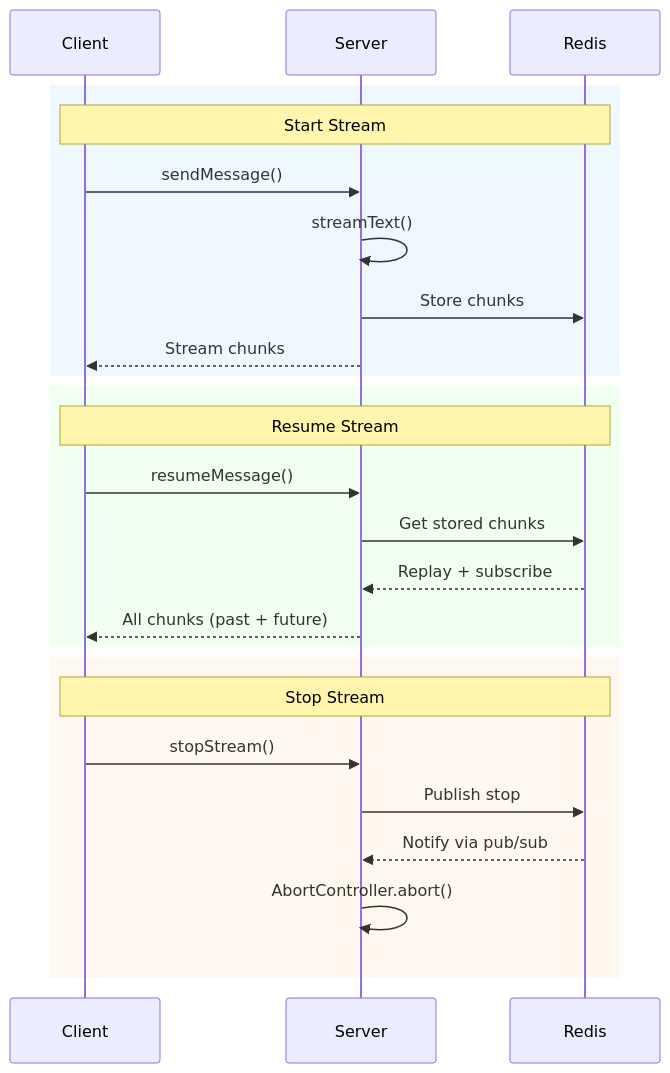
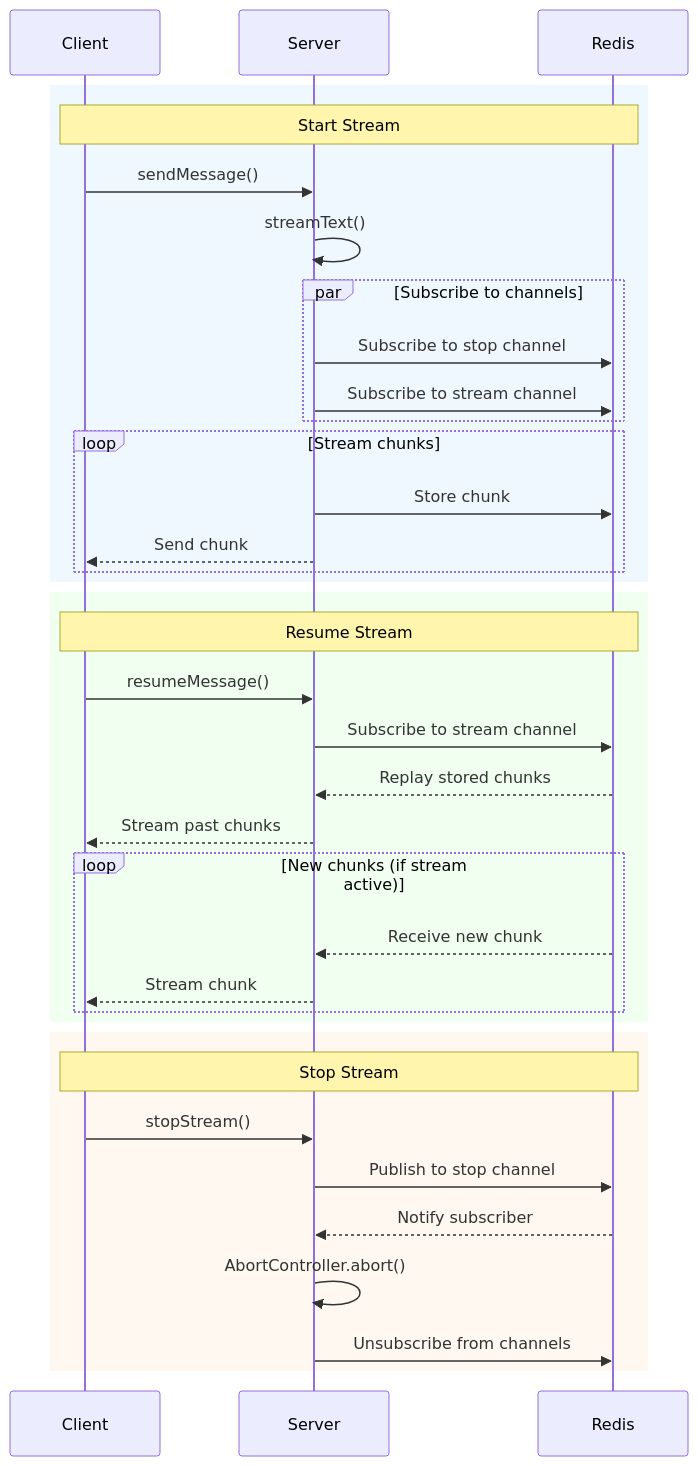
The diagram in README.md (zirkelc/ai-resumable-stream), drawn with Mermaid before and after one commit. The commit also changed other lines of this file, not shown here.

````diff
--- a/README.md
+++ b/README.md
@@ -29,30 +29,41 @@
 ```mermaid
 sequenceDiagram
     participant Client
     participant Server
     participant Redis
 
     rect rgb(240, 248, 255)
         Note over Client,Redis: Start Stream
         Client->>Server: sendMessage()
         Server->>Server: streamText()
-        Server->>Redis: Store chunks
-        Server-->>Client: Stream chunks
+        par Subscribe to channels
+            Server->>Redis: Subscribe to stop channel
+            Server->>Redis: Subscribe to stream channel
+        end
+        loop Stream chunks
+            Server->>Redis: Store chunk
+            Server-->>Client: Send chunk
+        end
     end
 
     rect rgb(240, 255, 240)
         Note over Client,Redis: Resume Stream
         Client->>Server: resumeMessage()
-        Server->>Redis: Get stored chunks
-        Redis-->>Server: Replay + subscribe
-        Server-->>Client: All chunks (past + future)
+        Server->>Redis: Subscribe to stream channel
+        Redis-->>Server: Replay stored chunks
+        Server-->>Client: Stream past chunks
+        loop New chunks (if stream active)
+            Redis-->>Server: Receive new chunk
+            Server-->>Client: Stream chunk
+        end
     end
 
     rect rgb(255, 248, 240)
         Note over Client,Redis: Stop Stream
         Client->>Server: stopStream()
-        Server->>Redis: Publish stop
-        Redis-->>Server: Notify via pub/sub
+        Server->>Redis: Publish to stop channel
+        Redis-->>Server: Notify subscriber
         Server->>Server: AbortController.abort()
+        Server->>Redis: Unsubscribe from channels
     end
 ```
````
